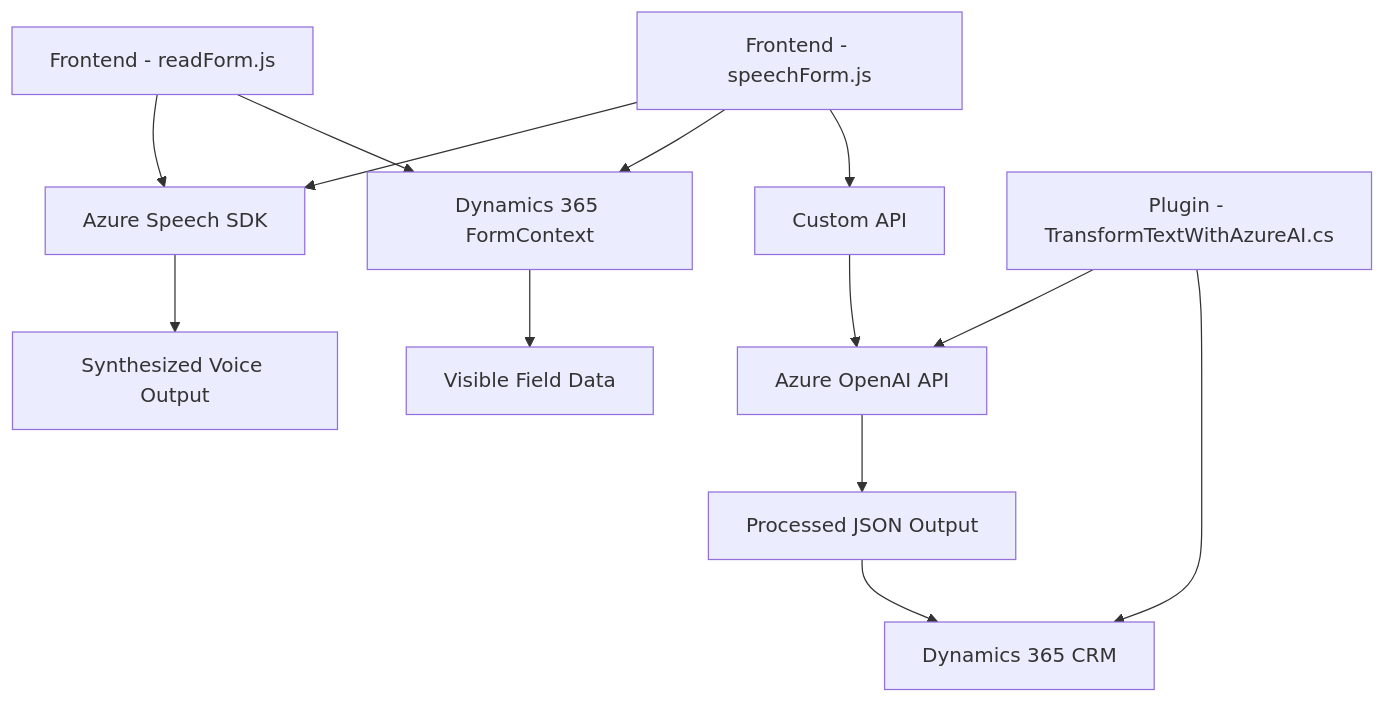
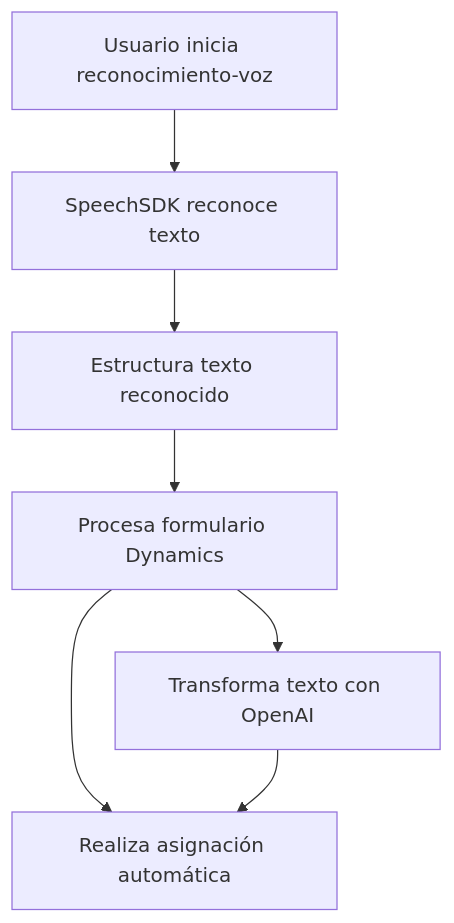
One commit to blopezdm/NETCORE_BILBAO2025 changed the diagram in README.md. Above: the diagram before and after it, drawn with Mermaid. The commit also changed other lines of this file, not shown here.

Commit message:
Actualizar análisis global de la solución con IA

````diff
--- a/README.md
+++ b/README.md
@@ -45,17 +26,16 @@
 ```mermaid
 graph TD
-    A["Frontend - readForm.js"] --> B["Azure Speech SDK"]
-    A["Frontend - readForm.js"] --> C["Dynamics 365 FormContext"]
-    C --> D["Visible Field Data"]
-    B --> E["Synthesized Voice Output"]
-    
-    F["Frontend - speechForm.js"] --> B
-    F --> C
-    F --> G["Custom API"]
-    G --> H["Azure OpenAI API"]
+A["Usuario inicia reconocimiento-voz"]
+B["SpeechSDK reconoce texto"]
+C["Estructura texto reconocido"]
+D["Procesa formulario Dynamics"]
+E["Realiza asignación automática"]
+F["Transforma texto con OpenAI"]
 
-    I["Plugin - TransformTextWithAzureAI.cs"] --> H
-    H --> J["Processed JSON Output"]
-    I --> K["Dynamics 365 CRM"]
-    J --> K
+A --> B
+B --> C
+C --> D
+D --> E
+D --> F
+F --> E
 ```
````
